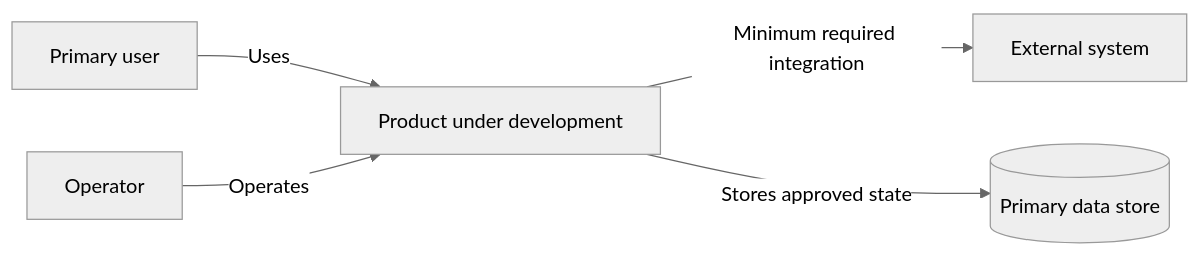
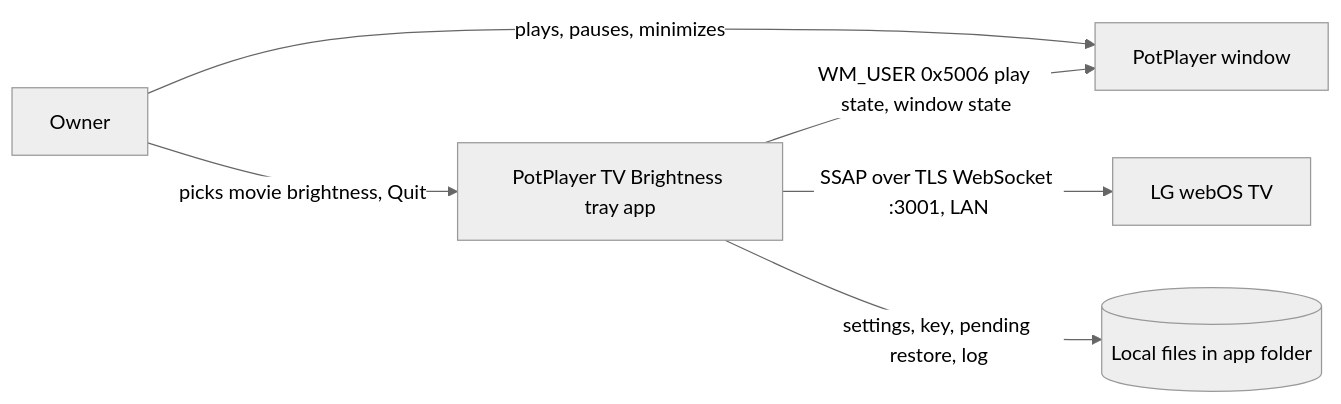
One commit to roko-tech/potplayer-tv-brightness changed the diagram in docs/architecture/overview.md. Above: the diagram before and after it, drawn with Mermaid (neutral theme). The commit also changed other lines of this file and 33 other files, not shown here.

First line of the commit message:
Add tray app that follows PotPlayer playback with LG TV brightness

````diff
--- a/docs/architecture/overview.md
+++ b/docs/architecture/overview.md
@@ -29,7 +11,8 @@
 ```mermaid
 flowchart LR
-    User[Primary user] -->|Uses| Product[Product under development]
-    Operator[Operator] -->|Operates| Product
-    Product -->|Minimum required integration| External[External system]
-    Product -->|Stores approved state| Data[(Primary data store)]
+    Owner[Owner] -->|plays, pauses, minimizes| PotPlayer[PotPlayer window]
+    Owner -->|picks movie brightness, Quit| App[PotPlayer TV Brightness tray app]
+    App -->|WM_USER 0x5006 play state, window state| PotPlayer
+    App -->|SSAP over TLS WebSocket :3001, LAN| TV[LG webOS TV]
+    App -->|settings, key, pending restore, log| Files[(Local files in app folder)]
 ```
````
